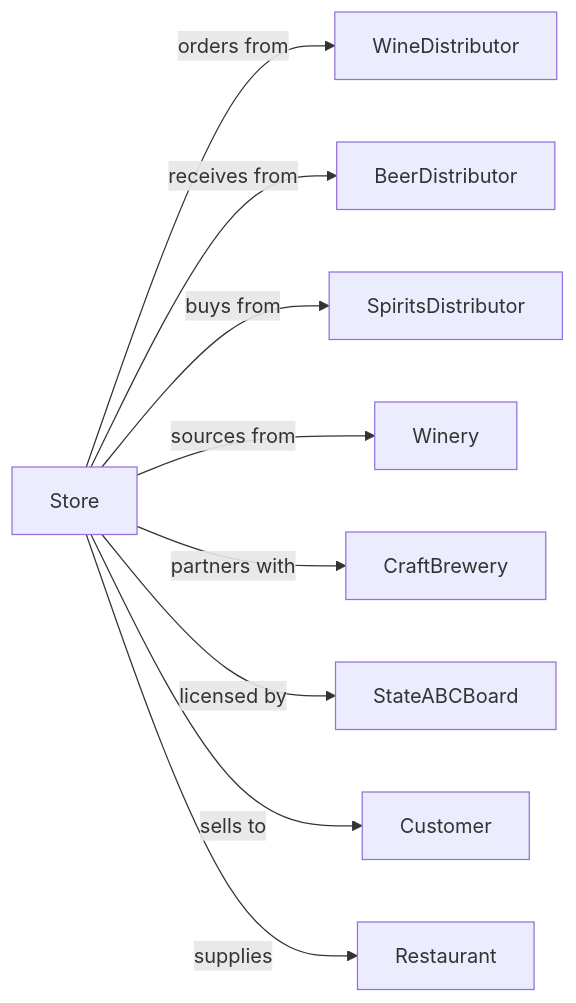
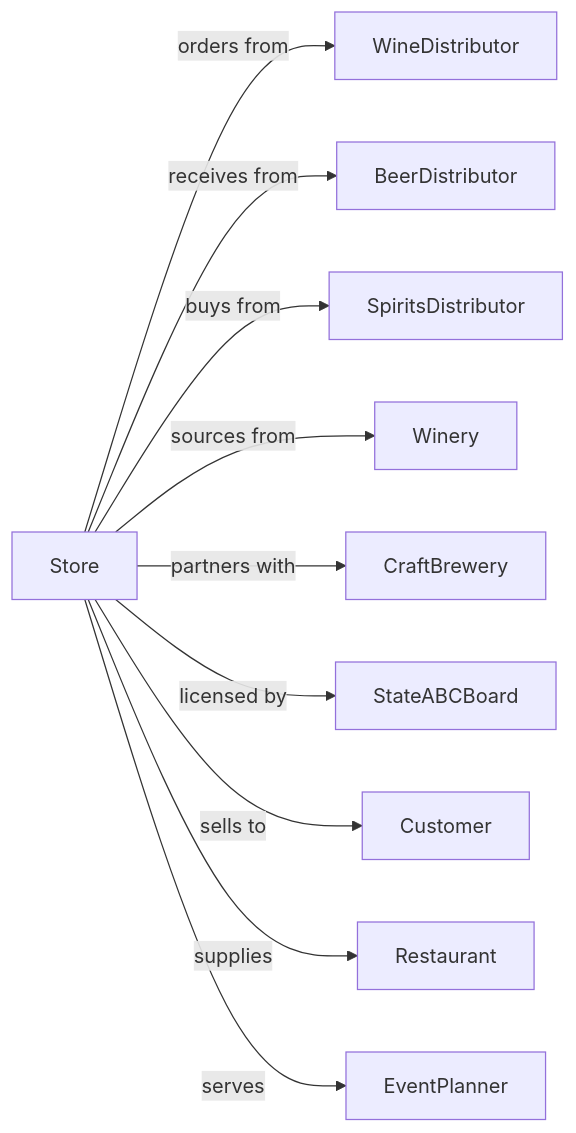
One commit to dot-org-ai/industries.org.ai changed the second of 2 diagrams in RetailTrade/FoodAndBeverageRetailers/BeerWineAndLiquorRetailers/BeerWineAndLiquorRetailers.mdx. Above: the diagram before and after it, drawn with Mermaid. The commit also changed 588 other files, not shown here.

````diff
--- a/RetailTrade/FoodAndBeverageRetailers/BeerWineAndLiquorRetailers/BeerWineAndLiquorRetailers.mdx
+++ b/RetailTrade/FoodAndBeverageRetailers/BeerWineAndLiquorRetailers/BeerWineAndLiquorRetailers.mdx
@@ -130,13 +130,14 @@
 ```mermaid
 graph LR
     S[Store]
 
     S -->|orders from| WineDistributor
     S -->|receives from| BeerDistributor
     S -->|buys from| SpiritsDistributor
     S -->|sources from| Winery
     S -->|partners with| CraftBrewery
     S -->|licensed by| StateABCBoard
     S -->|sells to| Customer
     S -->|supplies| Restaurant
+    S -->|serves| EventPlanner
 ```
````
